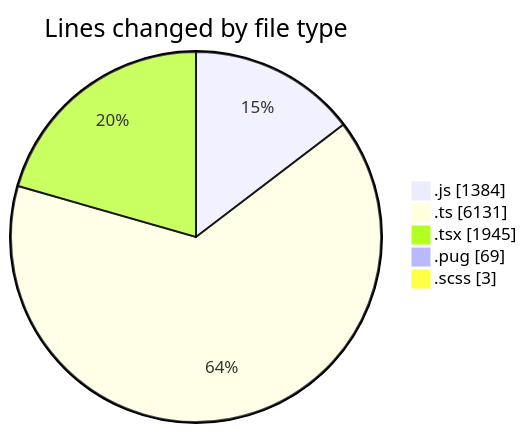
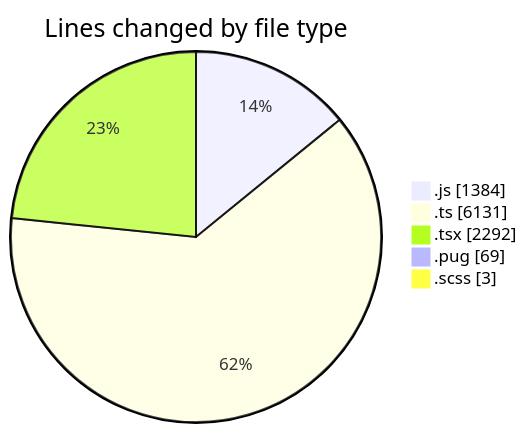
One commit to momahboobian/code-tracking changed the first of 2 diagrams in 2025-03-25/cda/README.md. Above: the diagram before and after it, drawn with Mermaid. The commit also changed other lines of this file and 1 other file, not shown here.

````diff
--- a/2025-03-25/cda/README.md
+++ b/2025-03-25/cda/README.md
@@ -38,9 +38,9 @@
 ```mermaid
 pie showData
 title Lines changed by file type
 ".js" : 1384
 ".ts" : 6131
-".tsx" : 1945
+".tsx" : 2292
 ".pug" : 69
 ".scss" : 3
 ```
````
